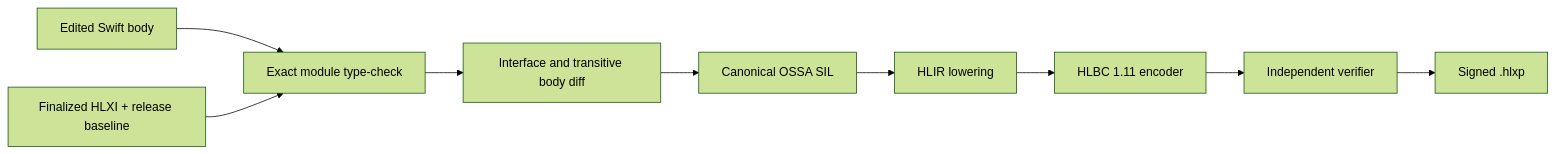
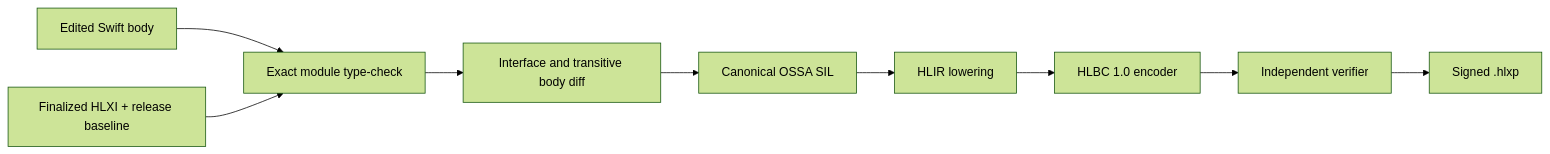
The first of 2 diagrams in Docs/Production-Hot-Patching.md (TangentW/Helix), drawn with Mermaid (forest theme) before and after one commit. The commit also changed other lines of this file and 102 other files, not shown here.

````diff
--- a/Docs/Production-Hot-Patching.md
+++ b/Docs/Production-Hot-Patching.md
@@ -39,11 +39,11 @@
 ```mermaid
 flowchart LR
     E["Edited Swift body"] --> T["Exact module type-check"]
     A["Finalized HLXI + release baseline"] --> T
     T --> D["Interface and transitive body diff"]
     D --> S["Canonical OSSA SIL"]
     S --> L["HLIR lowering"]
-    L --> B["HLBC 1.11 encoder"]
+    L --> B["HLBC 1.0 encoder"]
     B --> V["Independent verifier"]
     V --> P["Signed .hlxp"]
 ```
````
